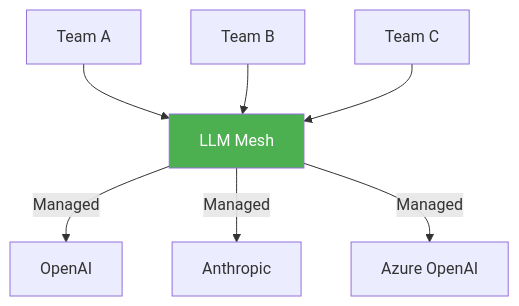
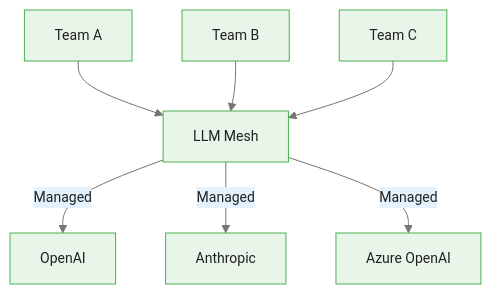
Before and after one commit to m-deane/course-creator: the second of 5 diagrams in courses/dataiku-genai/modules/module_00_llm_mesh/guides/01_llm_mesh_architecture_slides.md, drawn with Mermaid. The commit also changed other lines of this file and 54 other files, not shown here.

````diff
--- a/courses/dataiku-genai/modules/module_00_llm_mesh/guides/01_llm_mesh_architecture_slides.md
+++ b/courses/dataiku-genai/modules/module_00_llm_mesh/guides/01_llm_mesh_architecture_slides.md
@@ -57,10 +59,10 @@
 ```mermaid
+%%{init: {"theme": "base", "themeVariables": {"primaryColor": "#e8f5e9", "primaryBorderColor": "#4caf50", "primaryTextColor": "#212121", "secondaryColor": "#e3f2fd", "tertiaryColor": "#fff8e1", "lineColor": "#757575", "fontFamily": "Inter, sans-serif", "fontSize": "14px"}}}%%
 graph TD
     A[Team A] --> M[LLM Mesh]
     B[Team B] --> M
     C[Team C] --> M
     M -->|Managed| O[OpenAI]
     M -->|Managed| AN[Anthropic]
     M -->|Managed| AZ[Azure OpenAI]
-    style M fill:#4CAF50,color:#fff
 ```
````
